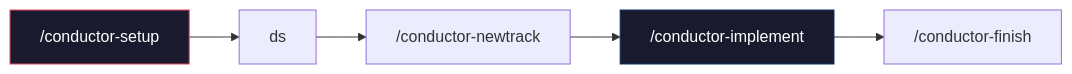
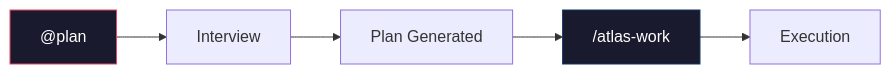
Before and after one commit to ReinaMacCredy/maestro: the diagram in SETUP_GUIDE.md, drawn with Mermaid. The commit also changed other lines of this file and 5 other files, not shown here.

````diff
--- a/SETUP_GUIDE.md
+++ b/SETUP_GUIDE.md
@@ -204,10 +204,10 @@
 ```mermaid
 flowchart LR
-    A["/conductor-setup"] --> B["ds"]
-    B --> C["/conductor-newtrack"]
-    C --> D["/conductor-implement"]
-    D --> E["/conductor-finish"]
-    
+    A["@plan"] --> B["Interview"]
+    B --> C["Plan Generated"]
+    C --> D["/atlas-work"]
+    D --> E["Execution"]
+
     style A fill:#1a1a2e,stroke:#e94560,color:#fff
     style D fill:#1a1a2e,stroke:#0f3460,color:#fff
 ```
````
